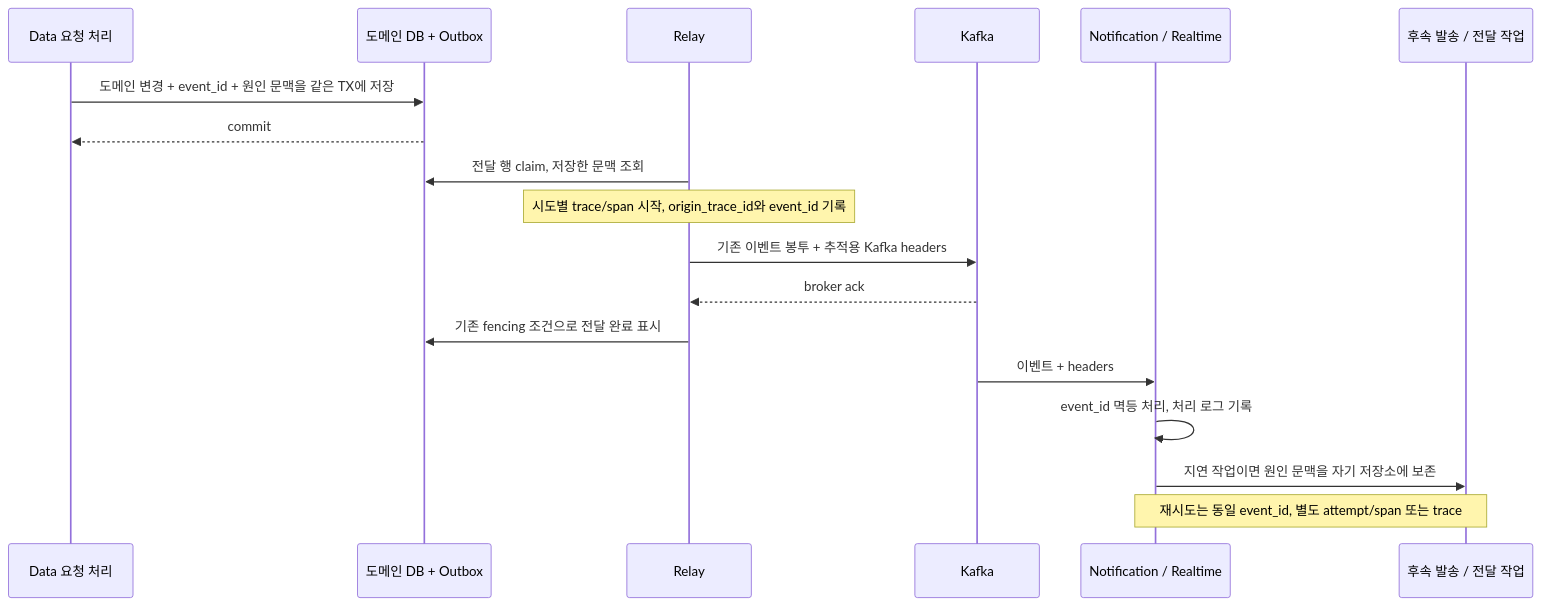
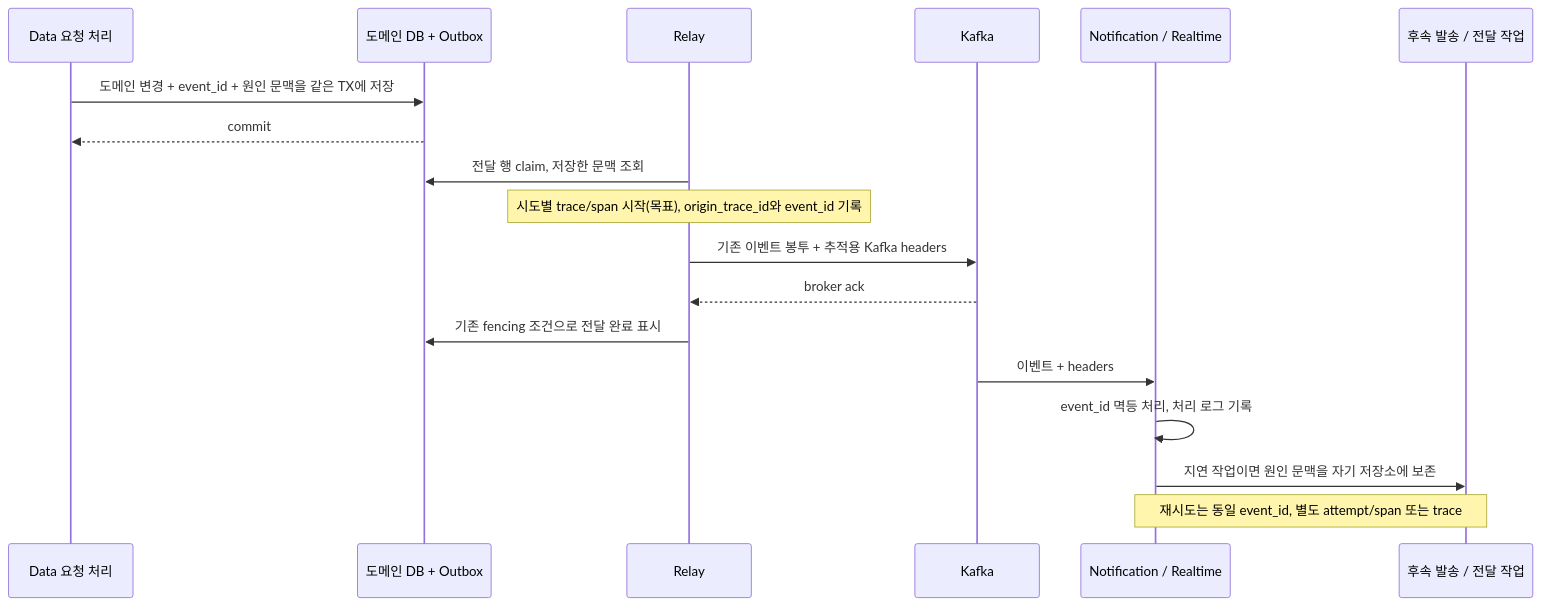
The fourth of 8 diagrams in docs/architecture/server-log-observability/README.md (OneOrThree/phone), drawn with Mermaid before and after one commit. The commit also changed other lines of this file and 5 other files, not shown here.

Commit message:
[CHORE] GROMO-2580 조사표 §6 판정 문구를 더하고 다이어그램의 미구현 경로에 «(목표)» 라벨을 붙인다

````diff
--- a/docs/architecture/server-log-observability/README.md
+++ b/docs/architecture/server-log-observability/README.md
@@ -172,20 +172,20 @@
 ```mermaid
 sequenceDiagram
     participant D as Data 요청 처리
     participant DB as 도메인 DB + Outbox
     participant R as Relay
     participant K as Kafka
     participant C as Notification / Realtime
     participant J as 후속 발송 / 전달 작업
     D->>DB: 도메인 변경 + event_id + 원인 문맥을 같은 TX에 저장
     DB-->>D: commit
     R->>DB: 전달 행 claim, 저장한 문맥 조회
-    Note over R: 시도별 trace/span 시작, origin_trace_id와 event_id 기록
+    Note over R: 시도별 trace/span 시작(목표), origin_trace_id와 event_id 기록
     R->>K: 기존 이벤트 봉투 + 추적용 Kafka headers
     K-->>R: broker ack
     R->>DB: 기존 fencing 조건으로 전달 완료 표시
     K->>C: 이벤트 + headers
     C->>C: event_id 멱등 처리, 처리 로그 기록
     C->>J: 지연 작업이면 원인 문맥을 자기 저장소에 보존
     Note over C,J: 재시도는 동일 event_id, 별도 attempt/span 또는 trace
 ```
````
